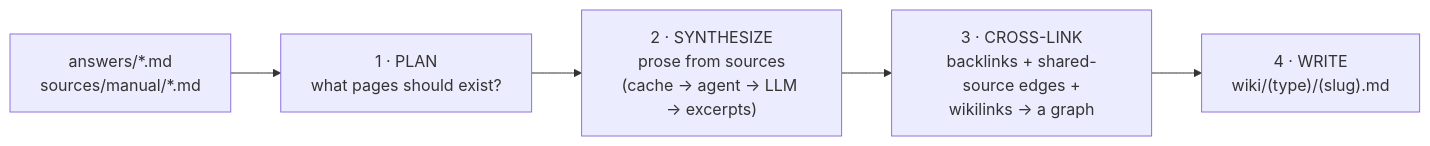
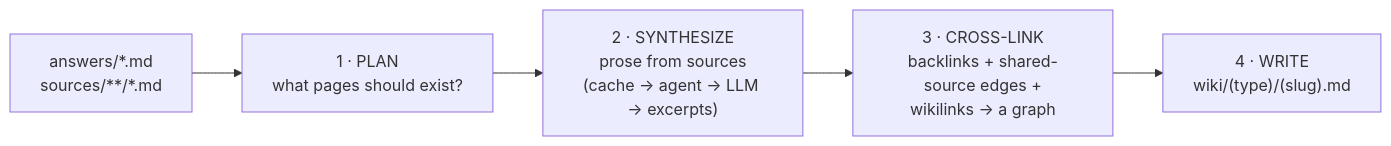
The eighth of 9 diagrams in README.md (lifehug/lifehug), drawn with Mermaid before and after one commit. The commit also changed other lines of this file and 20 other files, not shown here.

````diff
--- a/README.md
+++ b/README.md
@@ -243,7 +243,7 @@
 ```mermaid
 flowchart LR
-    A["answers/*.md<br/>sources/manual/*.md"] --> PLAN["1 · PLAN<br/>what pages should exist?"]
+    A["answers/*.md<br/>sources/**/*.md"] --> PLAN["1 · PLAN<br/>what pages should exist?"]
     PLAN --> SYN["2 · SYNTHESIZE<br/>prose from sources<br/>(cache → agent → LLM → excerpts)"]
     SYN --> XL["3 · CROSS-LINK<br/>backlinks + shared-source edges +<br/>wikilinks → a graph"]
     XL --> WRITE["4 · WRITE<br/>wiki/(type)/(slug).md"]
 ```
````
